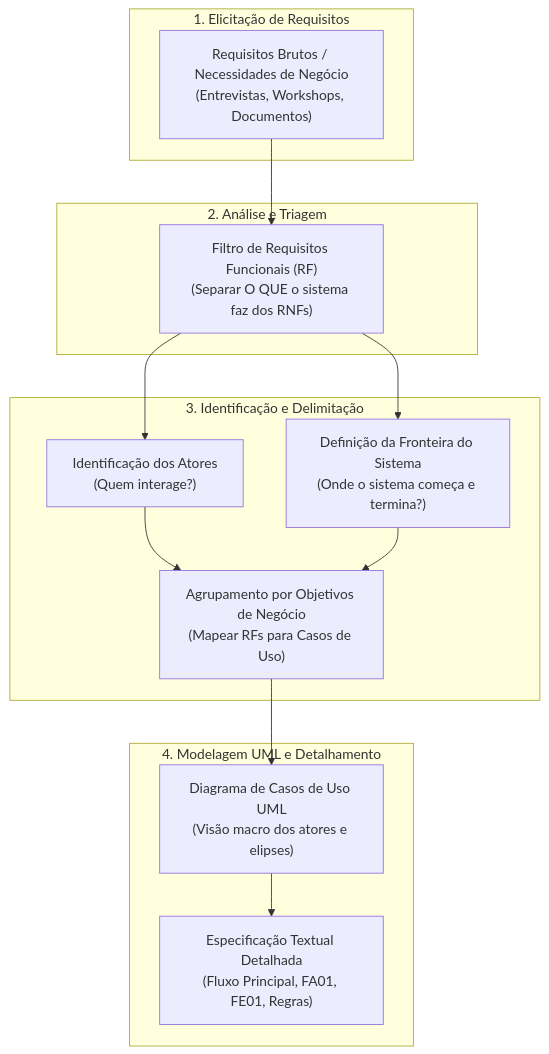
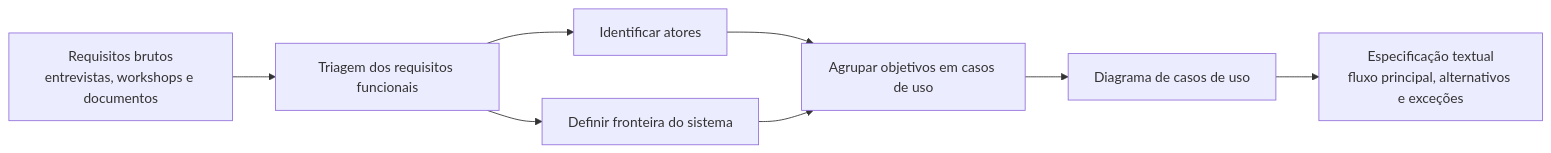
Before and after one commit to leorruas/puc: the ninth of 9 diagrams in 07. Engenharia de Requisitos/08. Modelagem de requisitos com casos de uso e especificações textuais.md, drawn with Mermaid. The commit also changed other lines of this file, not shown here.

Commit message:
Normaliza Mermaid de casos de uso

````diff
--- a/07. Engenharia de Requisitos/08. Modelagem de requisitos com casos de uso e especificações textuais.md
+++ b/07. Engenharia de Requisitos/08. Modelagem de requisitos com casos de uso e especificações textuais.md
@@ -355,28 +350,18 @@
 ```mermaid
-flowchart TD
-    subgraph Fase1["1. Elicitação de Requisitos"]
-        BR["Requisitos Brutos / Necessidades de Negócio<br>(Entrevistas, Workshops, Documentos)"]
-    end
+flowchart LR
+    Brutos["Requisitos brutos<br>entrevistas, workshops e documentos"]:::external
+    RF["Triagem dos requisitos funcionais"]:::component
+    Atores["Identificar atores"]:::component
+    Fronteira["Definir fronteira do sistema"]:::component
+    Casos["Agrupar objetivos em casos de uso"]:::core
+    Diagrama["Diagrama de casos de uso"]:::data
+    Especificacao["Especificação textual<br>fluxo principal, alternativos e exceções"]:::data
 
-    subgraph Fase2["2. Análise e Triagem"]
-        RF["Filtro de Requisitos Funcionais (RF)<br>(Separar O QUE o sistema faz dos RNFs)"]
-    end
-
-    subgraph Fase3["3. Identificação e Delimitação"]
-        Atores["Identificação dos Atores<br>(Quem interage?)"]
-        Fronteira["Definição da Fronteira do Sistema<br>(Onde o sistema começa e termina?)"]
-        DelimCU["Agrupamento por Objetivos de Negócio<br>(Mapear RFs para Casos de Uso)"]
-    end
-
-    subgraph Fase4["4. Modelagem UML e Detalhamento"]
-        DiagUML["Diagrama de Casos de Uso UML<br>(Visão macro dos atores e elipses)"]
-        EspText["Especificação Textual Detalhada<br>(Fluxo Principal, FA01, FE01, Regras)"]
-    end
-
-    BR --> RF
+    Brutos --> RF
     RF --> Atores
     RF --> Fronteira
-    Atores & Fronteira --> DelimCU
-    DelimCU --> DiagUML
-    DiagUML --> EspText
+    Atores --> Casos
+    Fronteira --> Casos
+    Casos --> Diagrama
+    Diagrama --> Especificacao
 ```
````
